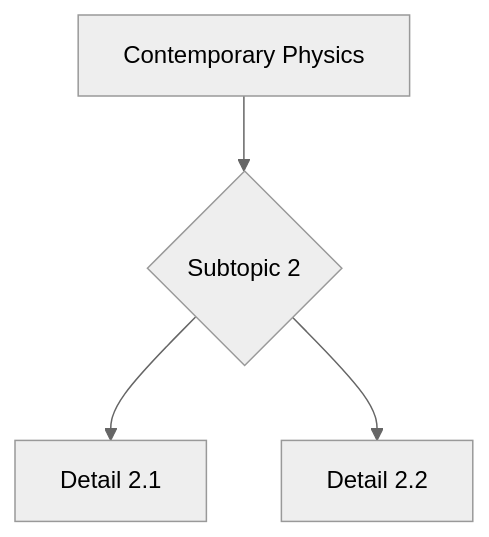
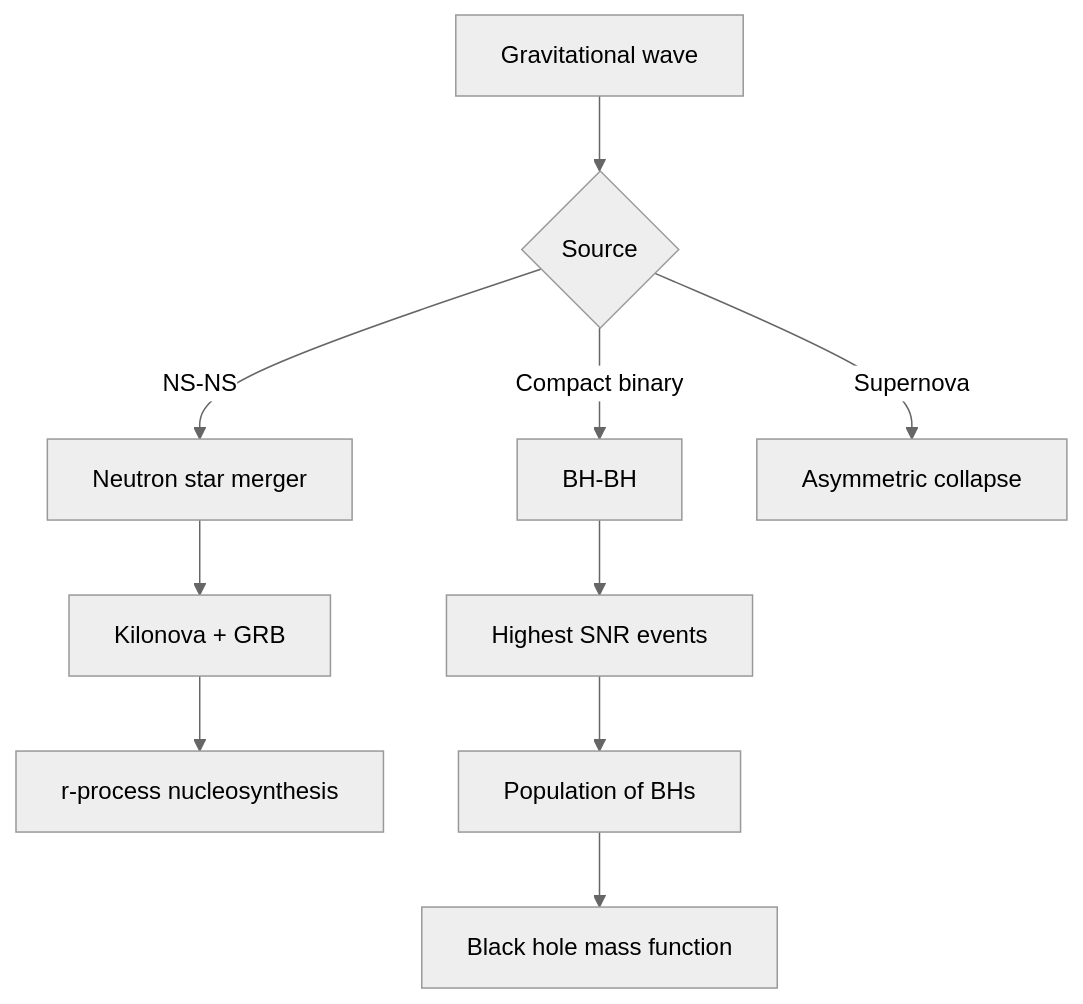
One commit to yip-lgtm/PhysicsSelfStudy changed the second of 10 diagrams in 03_MSc_Physics/core_courses/MSPY_5120_Contemporary_Physics/README.md. Above: the diagram before and after it, drawn with Mermaid (neutral theme). The commit also changed other lines of this file and 21 other files, not shown here.

````diff
--- a/03_MSc_Physics/core_courses/MSPY_5120_Contemporary_Physics/README.md
+++ b/03_MSc_Physics/core_courses/MSPY_5120_Contemporary_Physics/README.md
@@ -267,6 +149,12 @@
 ```mermaid
 graph TD
-    A[Contemporary Physics] --> B{Subtopic 2}
-    B --> C[Detail 2.1]
-    B --> D[Detail 2.2]
+    A[Gravitational wave] --> B{Source}
+    B -->|Compact binary| C[BH-BH]
+    B -->|NS-NS| D[Neutron star merger]
+    B -->|Supernova| E[Asymmetric collapse]
+    C --> F[Highest SNR events]
+    D --> G[Kilonova + GRB]
+    G --> H[r-process nucleosynthesis]
+    F --> I[Population of BHs]
+    I --> J[Black hole mass function]
 ```
````
